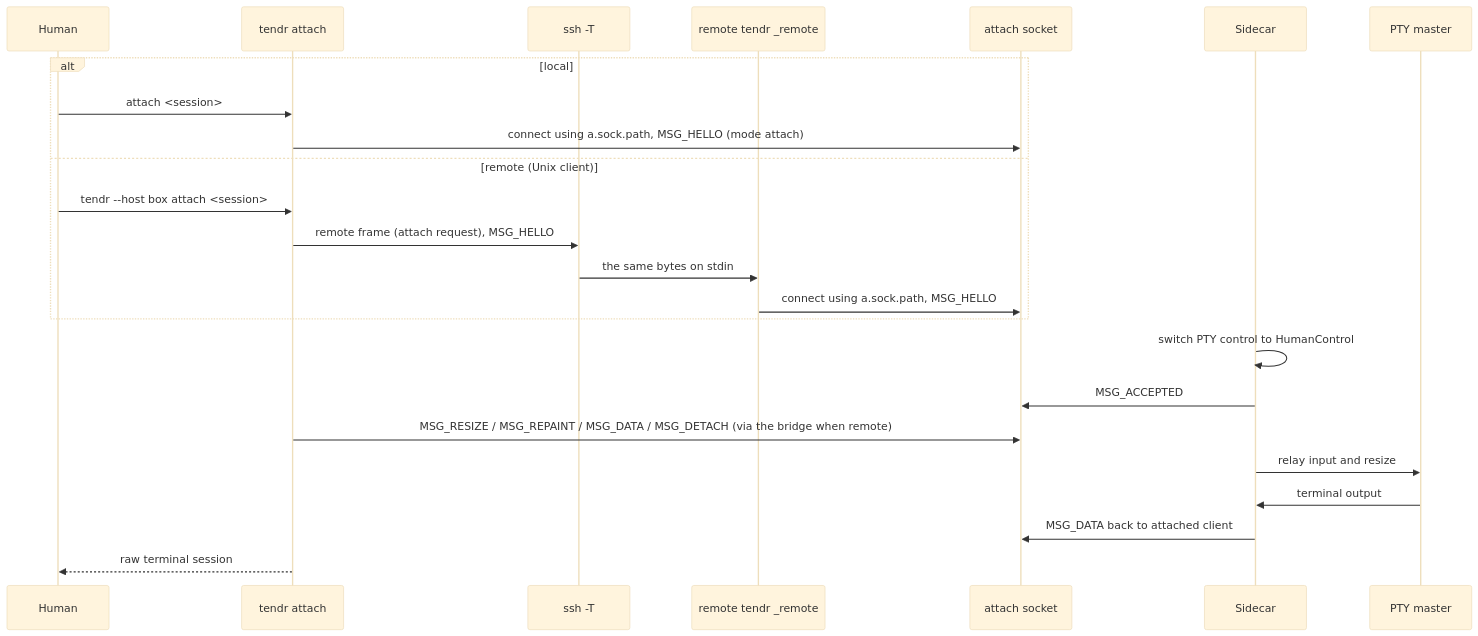
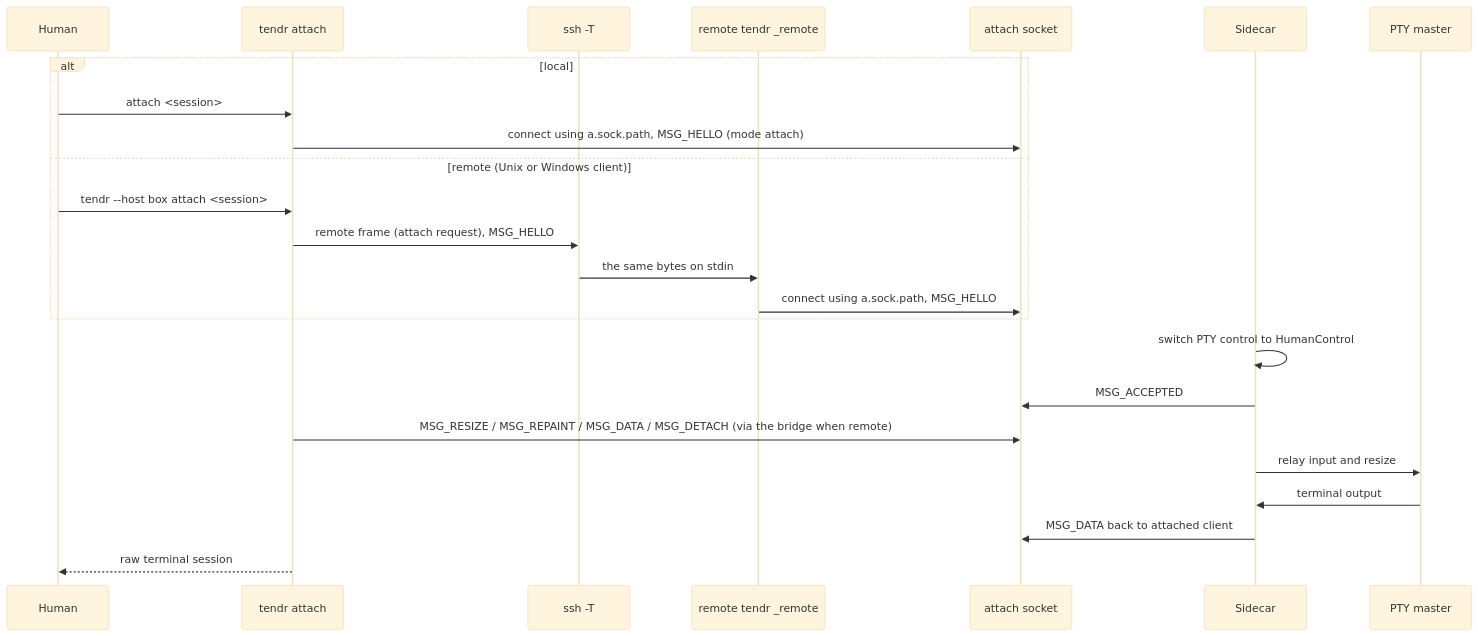
Before and after one commit to grumpydevorg/tendr: the fourth of 4 diagrams in docs/architecture/05-key-flows.md, drawn with Mermaid (base theme). The commit also changed other lines of this file and 23 other files, not shown here.

````diff
--- a/docs/architecture/05-key-flows.md
+++ b/docs/architecture/05-key-flows.md
@@ -243,27 +243,27 @@
 ```mermaid
 sequenceDiagram
     participant Human
     participant CLI as tendr attach
     participant SSH as ssh -T
     participant Bridge as remote tendr _remote
     participant Socket as attach socket
     participant Sidecar
     participant PTY as PTY master
 
     alt local
         Human->>CLI: attach <session>
         CLI->>Socket: connect using a.sock.path, MSG_HELLO (mode attach)
-    else remote (Unix client)
+    else remote (Unix or Windows client)
         Human->>CLI: tendr --host box attach <session>
         CLI->>SSH: remote frame (attach request), MSG_HELLO
         SSH->>Bridge: the same bytes on stdin
         Bridge->>Socket: connect using a.sock.path, MSG_HELLO
     end
     Sidecar->>Sidecar: switch PTY control to HumanControl
     Sidecar->>Socket: MSG_ACCEPTED
     CLI->>Socket: MSG_RESIZE / MSG_REPAINT / MSG_DATA / MSG_DETACH (via the bridge when remote)
     Sidecar->>PTY: relay input and resize
     PTY->>Sidecar: terminal output
     Sidecar->>Socket: MSG_DATA back to attached client
     CLI-->>Human: raw terminal session
 ```
````
